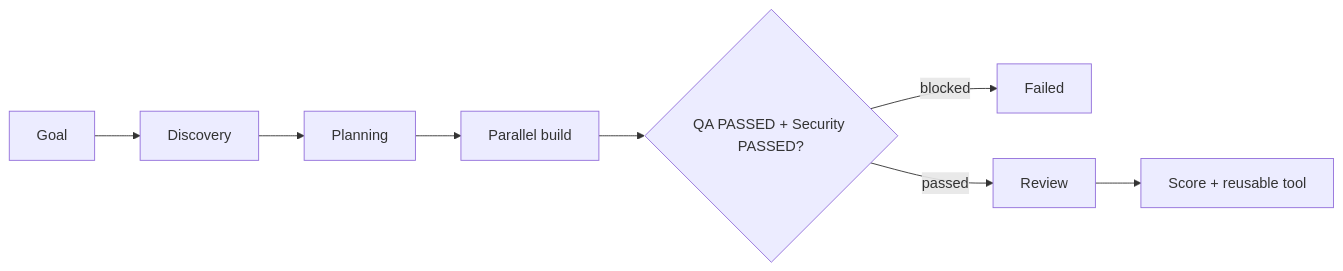
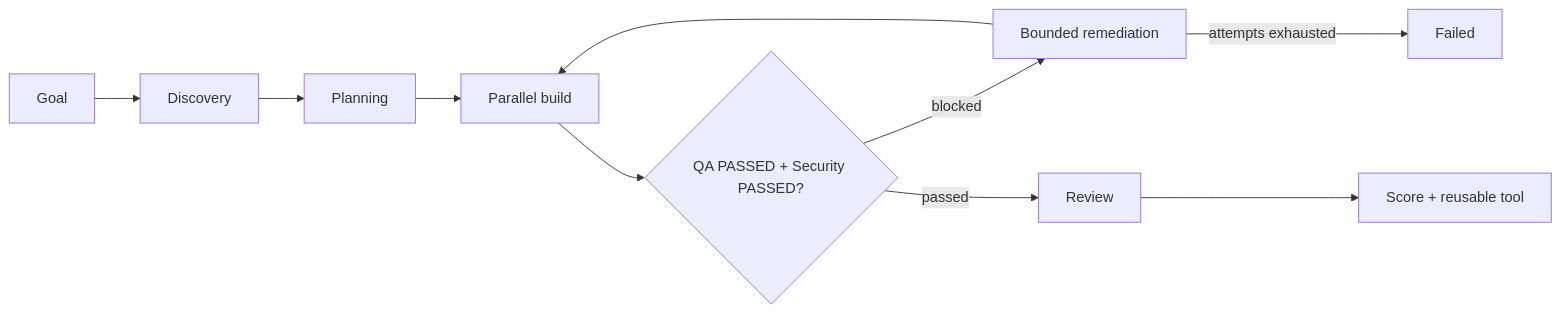
The diagram in README.md (stoporkoff/llm-wiki), drawn with Mermaid before and after one commit. The commit also changed 11 other files, not shown here.

Commit message:
feat: add bounded verification remediation loop

````diff
--- a/README.md
+++ b/README.md
@@ -34,8 +34,10 @@
 ```mermaid
 flowchart LR
   Goal --> Discovery --> Planning --> Build[Parallel build]
   Build --> Verify{QA PASSED + Security PASSED?}
-  Verify -->|blocked| Failed
+  Verify -->|blocked| Repair[Bounded remediation]
+  Repair --> Build
+  Repair -->|attempts exhausted| Failed
   Verify -->|passed| Review
   Review --> Package[Score + reusable tool]
 ```
````
